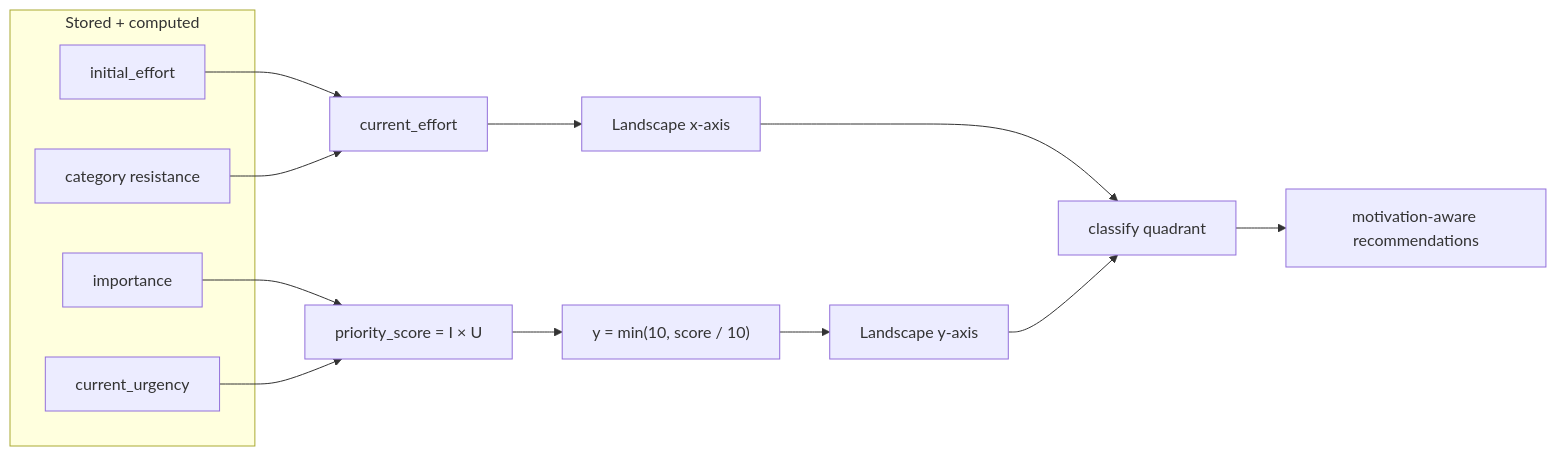
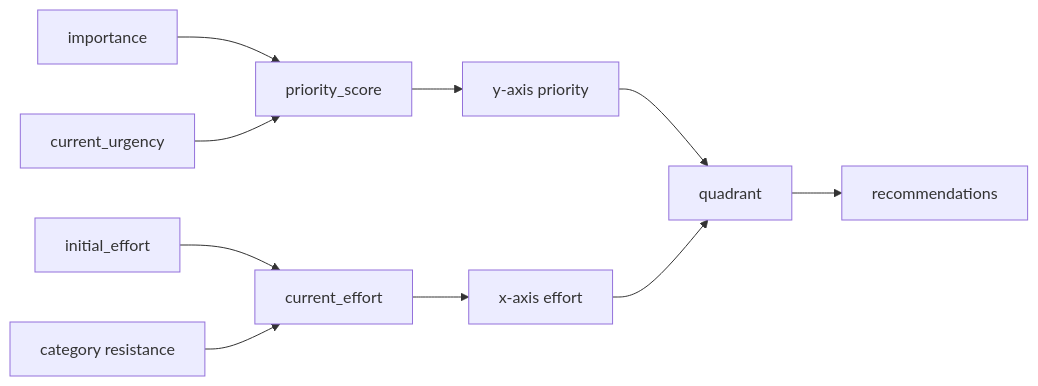
Before and after one commit to JadMzk/Ike: the third of 4 diagrams in docs/priority-landscape.md, drawn with Mermaid. The commit also changed other lines of this file and 4 other files, not shown here.

````diff
--- a/docs/priority-landscape.md
+++ b/docs/priority-landscape.md
@@ -81,22 +80,12 @@
 ```mermaid
 flowchart LR
-    subgraph inputs [Stored + computed]
-        I[importance]
-        U[current_urgency]
-        E0[initial_effort]
-        R[category resistance]
-    end
-
-    I --> PS["priority_score = I × U"]
-    U --> PS
-    PS --> PY["y = min(10, score / 10)"]
-    E0 --> CE["current_effort"]
-    R --> CE
-
-    CE --> X["Landscape x-axis"]
-    PY --> Y["Landscape y-axis"]
-
-    X --> Q[classify quadrant]
-    Y --> Q
-    Q --> REC[motivation-aware recommendations]
+    I[importance] --> PS[priority_score]
+    U[current_urgency] --> PS
+    PS --> PY[y-axis priority]
+    E[initial_effort] --> CE[current_effort]
+    R[category resistance] --> CE
+    CE --> X[x-axis effort]
+    PY --> Q[quadrant]
+    X --> Q
+    Q --> REC[recommendations]
 ```
````
